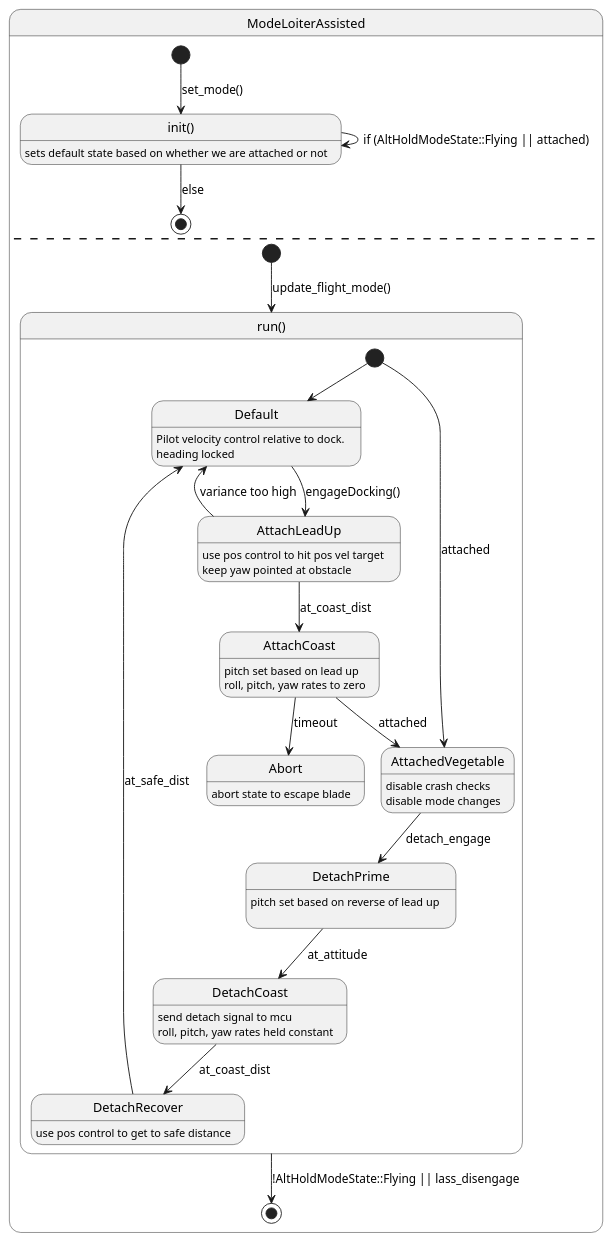
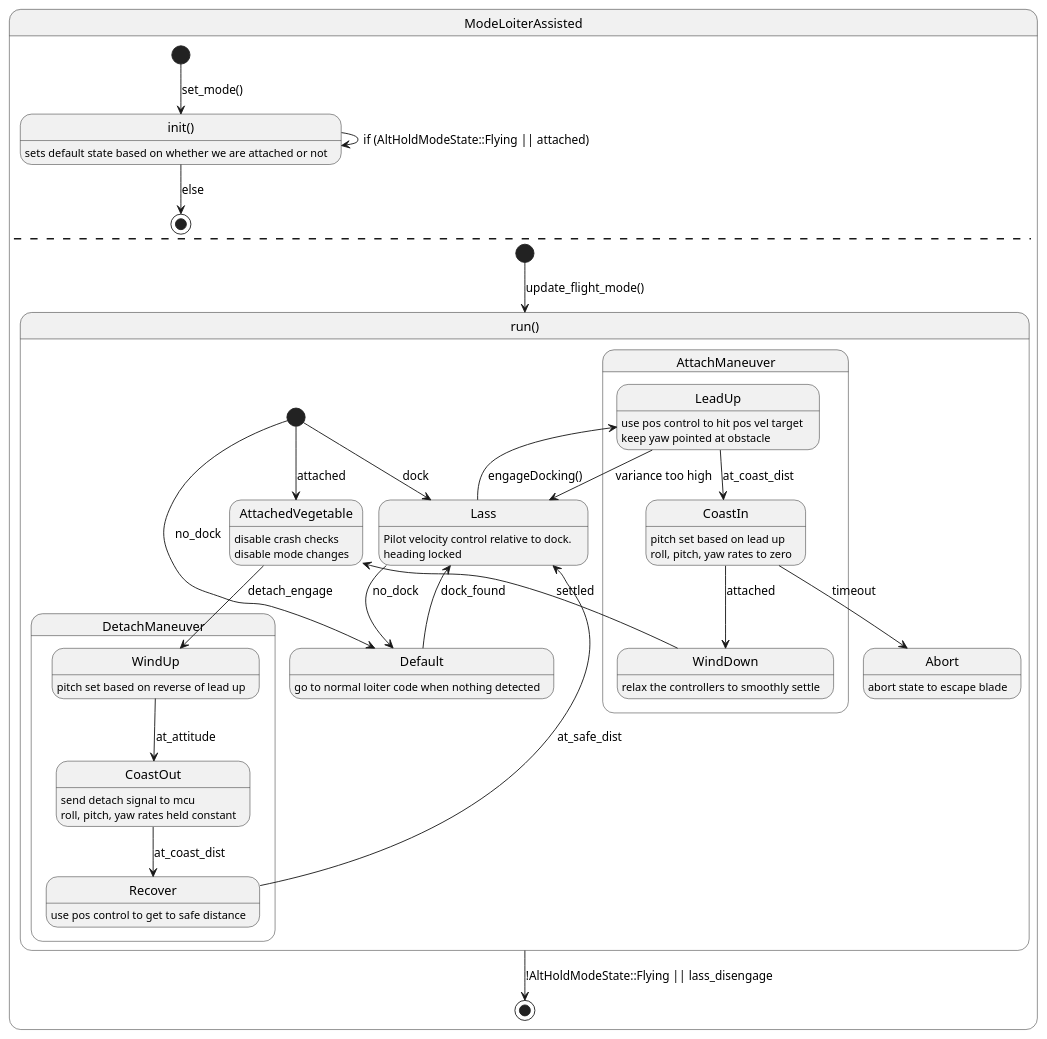
One commit to Persimia/ardupilot changed the diagram in notes/lass-state-machine.wsd. Above: the diagram before and after it, drawn with PlantUML. The commit also changed 2 other files, not shown here.

```diff
--- a/notes/lass-state-machine.wsd
+++ b/notes/lass-state-machine.wsd
@@ -1,73 +1,88 @@
 @startuml Lass State Machine
 
 
 state ModeLoiterAssisted {
 
 ' States
 state "init()" as init: \
 sets default state based on whether we are attached or not
 
 ' Transitions
 [*] --> init : set_mode()
 init --> [*] : else
 init --> init : if (AltHoldModeState::Flying || attached)
 
 ' ==========================
 --
 
 state "run()" as run{
 
 ' States
-state Default: \
+state Lass: \
 Pilot velocity control relative to dock. \n\
 heading locked
 
-State AttachLeadUp: \
+State AttachManeuver {
+State LeadUp: \
 use pos control to hit pos vel target \n\
 keep yaw pointed at obstacle
 
-State AttachCoast: \
+State CoastIn: \
 pitch set based on lead up \n\
 roll, pitch, yaw rates to zero
+
+State WindDown: \
+relax the controllers to smoothly settle
+}
+
 
 state AttachedVegetable: \
 disable crash checks \n\
 disable mode changes 
 
-State DetachPrime: \
-pitch set based on reverse of lead up \n\
+State DetachManeuver {
+State WindUp: \
+pitch set based on reverse of lead up
 
-State DetachCoast: \
+State CoastOut: \
 send detach signal to mcu \n\
 roll, pitch, yaw rates held constant
 
-State DetachRecover: \
+State Recover: \
 use pos control to get to safe distance
+}
+
+State Default: \
+go to normal loiter code when nothing detected
 
 State Abort: \
 abort state to escape blade
 
 
 ' Transitions
-[*] --> Default
+[*] --> Lass : dock
+[*] --> Default : no_dock
+Lass --> Default : no_dock
+Default --> Lass : dock_found
 [*] --> AttachedVegetable : attached
-Default --> AttachLeadUp : engageDocking()
-AttachLeadUp --> Default : variance too high
-AttachLeadUp --> AttachCoast : at_coast_dist
-AttachCoast --> Abort : timeout
-AttachCoast --> AttachedVegetable : attached
-AttachedVegetable --> DetachPrime : detach_engage
-DetachPrime --> DetachCoast : at_attitude
-DetachCoast --> DetachRecover : at_coast_dist
-DetachRecover --> Default : at_safe_dist
+Lass --> LeadUp : engageDocking()
+LeadUp --> Lass : variance too high
+LeadUp --> CoastIn : at_coast_dist
+CoastIn --> Abort : timeout
+CoastIn --> WindDown : attached
+WindDown --> AttachedVegetable : settled
+AttachedVegetable --> WindUp : detach_engage
+WindUp --> CoastOut : at_attitude
+CoastOut --> Recover : at_coast_dist
+Recover --> Lass : at_safe_dist
 
 
 }
 
 [*] --> run : update_flight_mode()
 run --> [*] : !AltHoldModeState::Flying || lass_disengage
 }
 
 
 
 @enduml
```
